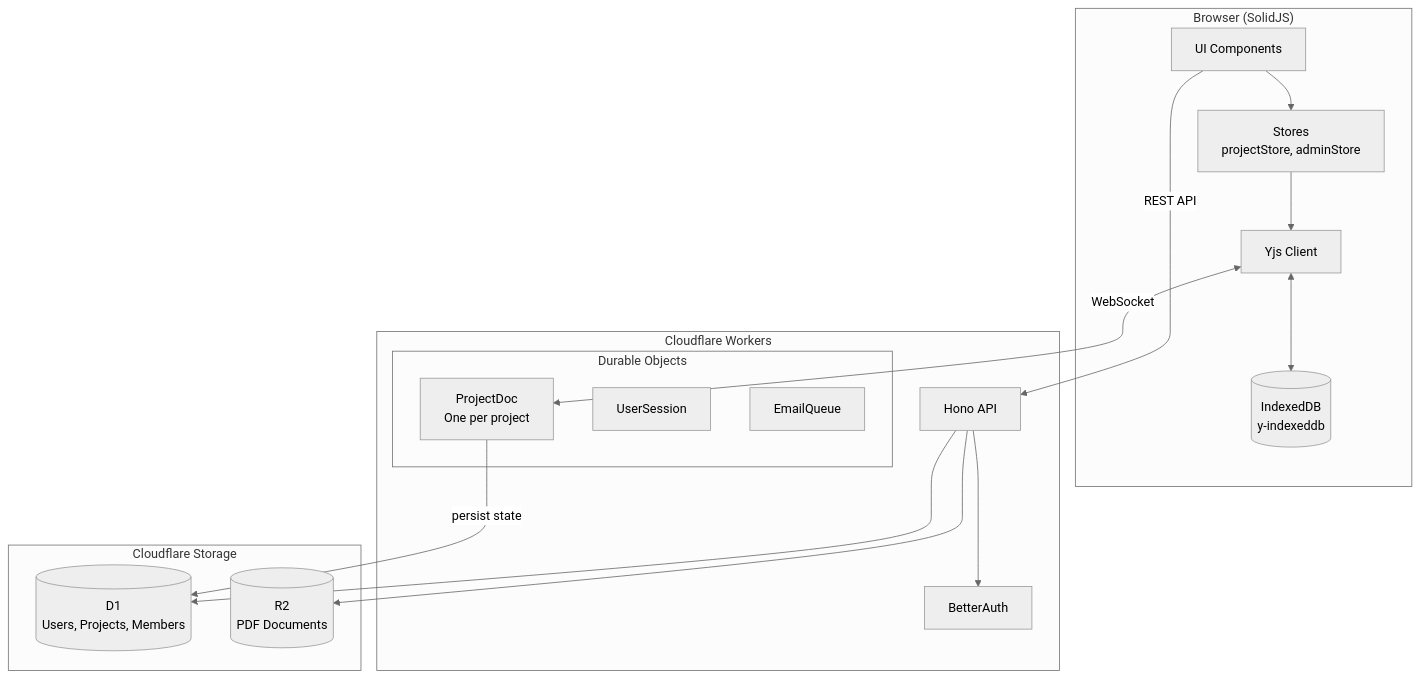
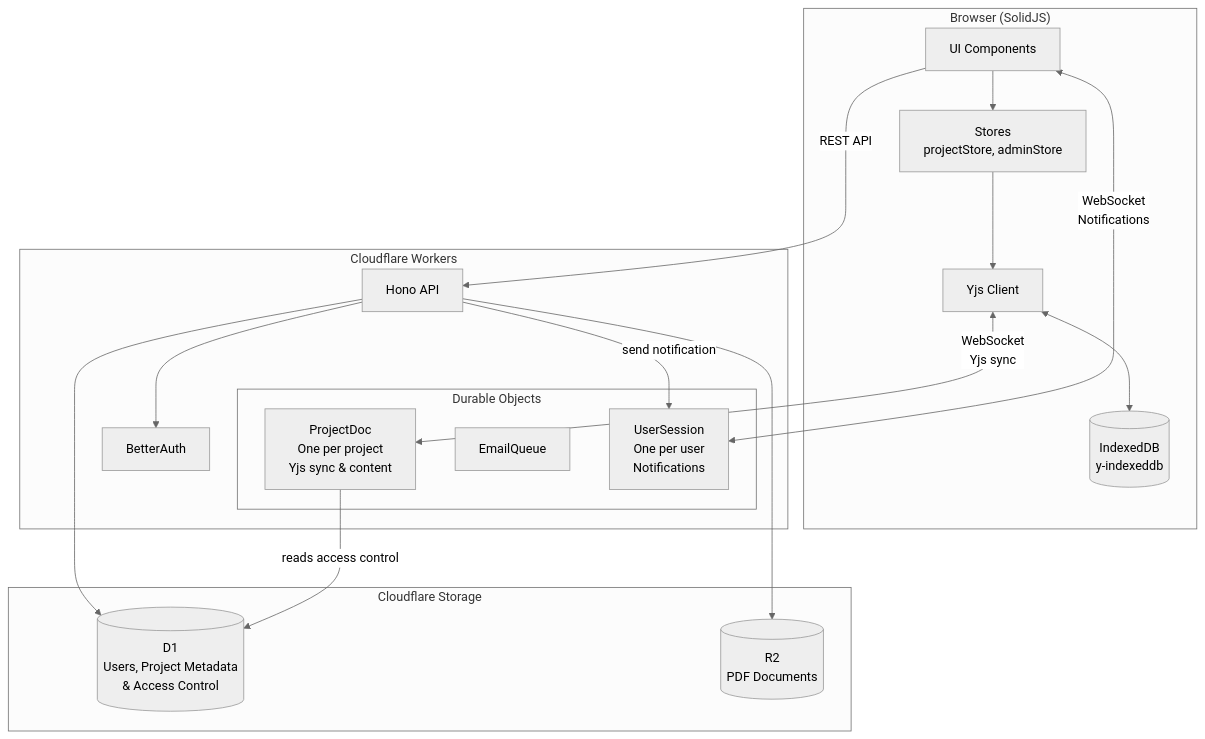
One commit to InfinityBowman/corates changed the diagram in docs/architecture/diagrams/02-system-architecture.md. Above: the diagram before and after it, drawn with Mermaid (neutral theme). The commit also changed other lines of this file and 7 other files, not shown here.

````diff
--- a/docs/architecture/diagrams/02-system-architecture.md
+++ b/docs/architecture/diagrams/02-system-architecture.md
@@ -5,35 +5,37 @@
 ```mermaid
 flowchart TB
     subgraph Client["Browser (SolidJS)"]
         UI[UI Components]
         Stores[Stores<br/>projectStore, adminStore]
         YjsClient[Yjs Client]
         IDB[(IndexedDB<br/>y-indexeddb)]
     end
 
     subgraph CF["Cloudflare Workers"]
         Hono[Hono API]
         Auth[BetterAuth]
 
         subgraph DurableObjects["Durable Objects"]
-            ProjectDoc[ProjectDoc<br/>One per project]
-            UserSession[UserSession]
+            ProjectDoc[ProjectDoc<br/>One per project<br/>Yjs sync & content]
             EmailQueue[EmailQueue]
+            UserSession[UserSession<br/>One per user<br/>Notifications]
         end
     end
 
     subgraph Storage["Cloudflare Storage"]
-        D1[(D1<br/>Users, Projects, Members)]
+        D1[(D1<br/>Users, Project Metadata<br/>& Access Control)]
         R2[(R2<br/>PDF Documents)]
     end
 
     UI --> Stores
     Stores --> YjsClient
-    YjsClient <-->|"WebSocket"| ProjectDoc
+    YjsClient <-->|"WebSocket<br/>Yjs sync"| ProjectDoc
     YjsClient <--> IDB
+    UI <-->|"WebSocket<br/>Notifications"| UserSession
     UI -->|"REST API"| Hono
     Hono --> Auth
     Hono --> D1
     Hono --> R2
-    ProjectDoc -->|"persist state"| D1
+    Hono -->|"send notification"| UserSession
+    ProjectDoc -->|"reads access control"| D1
 ```
````
